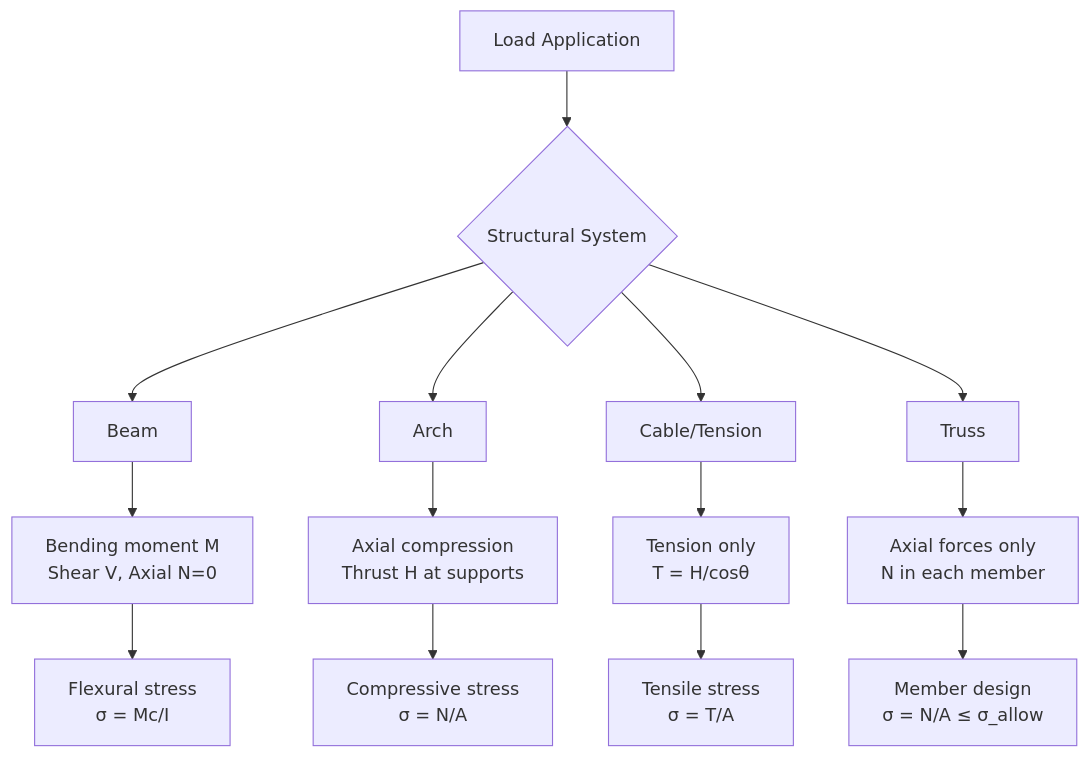
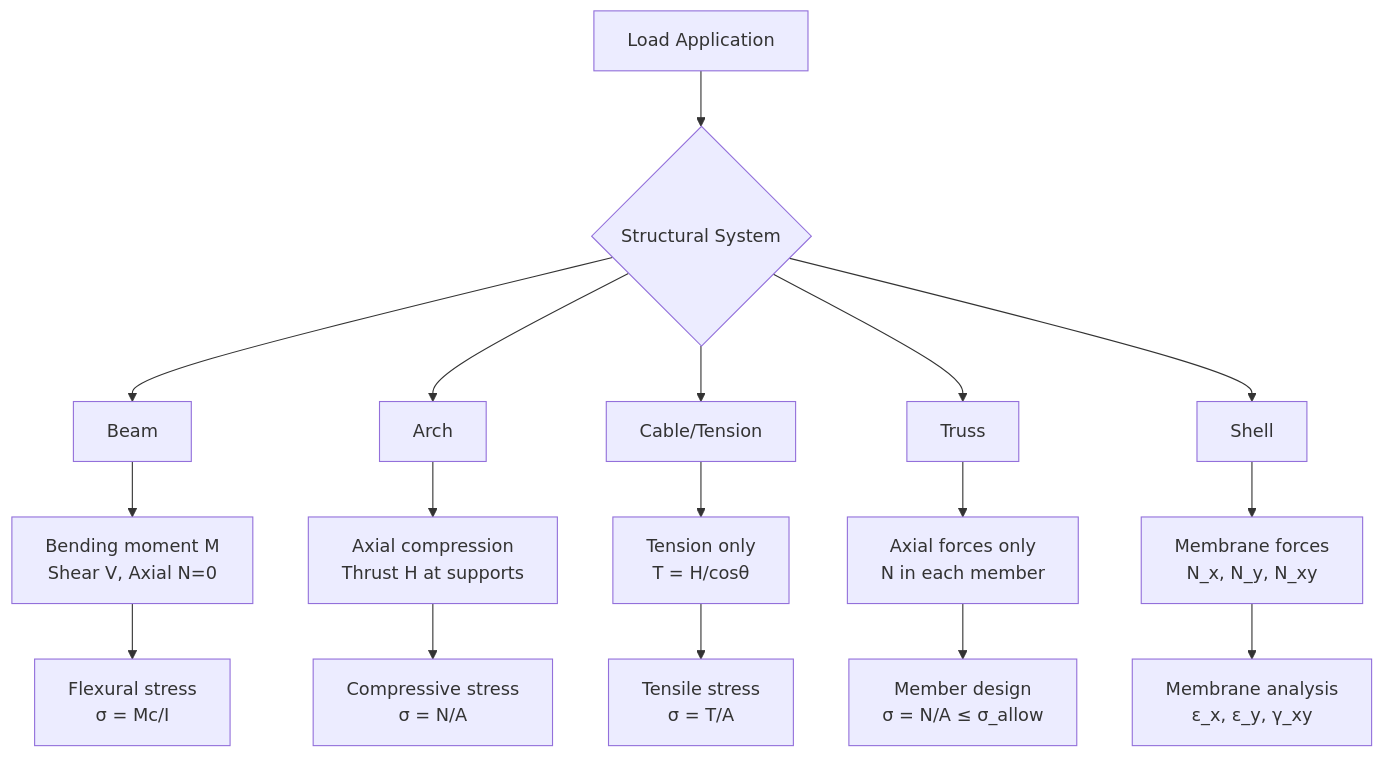
The first of 5 diagrams in MIT_CEE_Core/Track_2_Mechanics_Materials/Structural_Design/08_1.056_Introduction_to_Structural_Design.md (yip-lgtm/civil-bootcamp), drawn with Mermaid before and after one commit. The commit also changed other lines of this file and 8 other files, not shown here.

````diff
--- a/MIT_CEE_Core/Track_2_Mechanics_Materials/Structural_Design/08_1.056_Introduction_to_Structural_Design.md
+++ b/MIT_CEE_Core/Track_2_Mechanics_Materials/Structural_Design/08_1.056_Introduction_to_Structural_Design.md
@@ -249,16 +333,19 @@
 ```mermaid
 graph TD
     A[Load Application] --> B{Structural System}
     B --> C[Beam]
     B --> D[Arch]
     B --> E[Cable/Tension]
     B --> F[Truss]
-    C --> G[Bending moment M<br/>Shear V, Axial N=0]
-    D --> H[Axial compression<br/>Thrust H at supports]
-    E --> I[Tension only<br/>T = H/cosθ]
-    F --> J[Axial forces only<br/>N in each member]
-    G --> K[Flexural stress<br/>σ = Mc/I]
-    H --> L[Compressive stress<br/>σ = N/A]
-    I --> M[Tensile stress<br/>σ = T/A]
-    J --> N[Member design<br/>σ = N/A ≤ σ_allow]
+    B --> G[Shell]
+    C --> G1[Bending moment M<br/>Shear V, Axial N=0]
+    D --> G2[Axial compression<br/>Thrust H at supports]
+    E --> G3[Tension only<br/>T = H/cosθ]
+    F --> G4[Axial forces only<br/>N in each member]
+    G --> G5[Membrane forces<br/>N_x, N_y, N_xy]
+    G1 --> H[Flexural stress<br/>σ = Mc/I]
+    G2 --> I[Compressive stress<br/>σ = N/A]
+    G3 --> J[Tensile stress<br/>σ = T/A]
+    G4 --> K[Member design<br/>σ = N/A ≤ σ_allow]
+    G5 --> L[Membrane analysis<br/>ε_x, ε_y, γ_xy]
 ```
````
